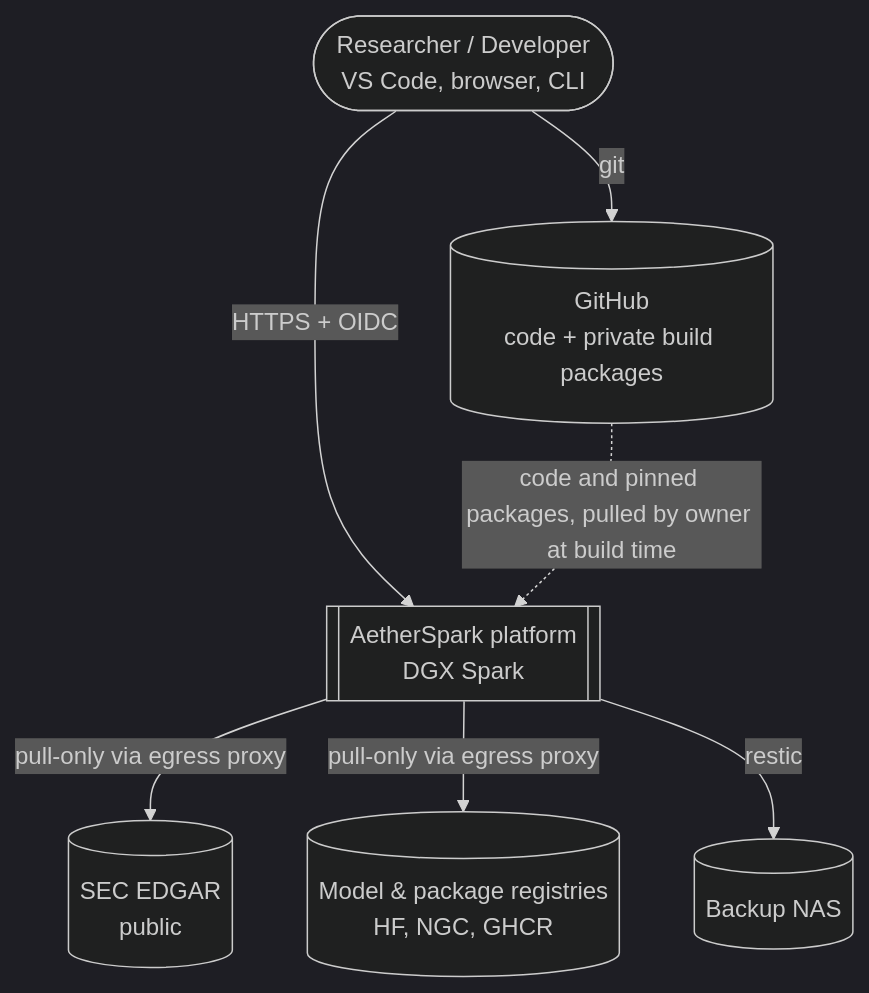
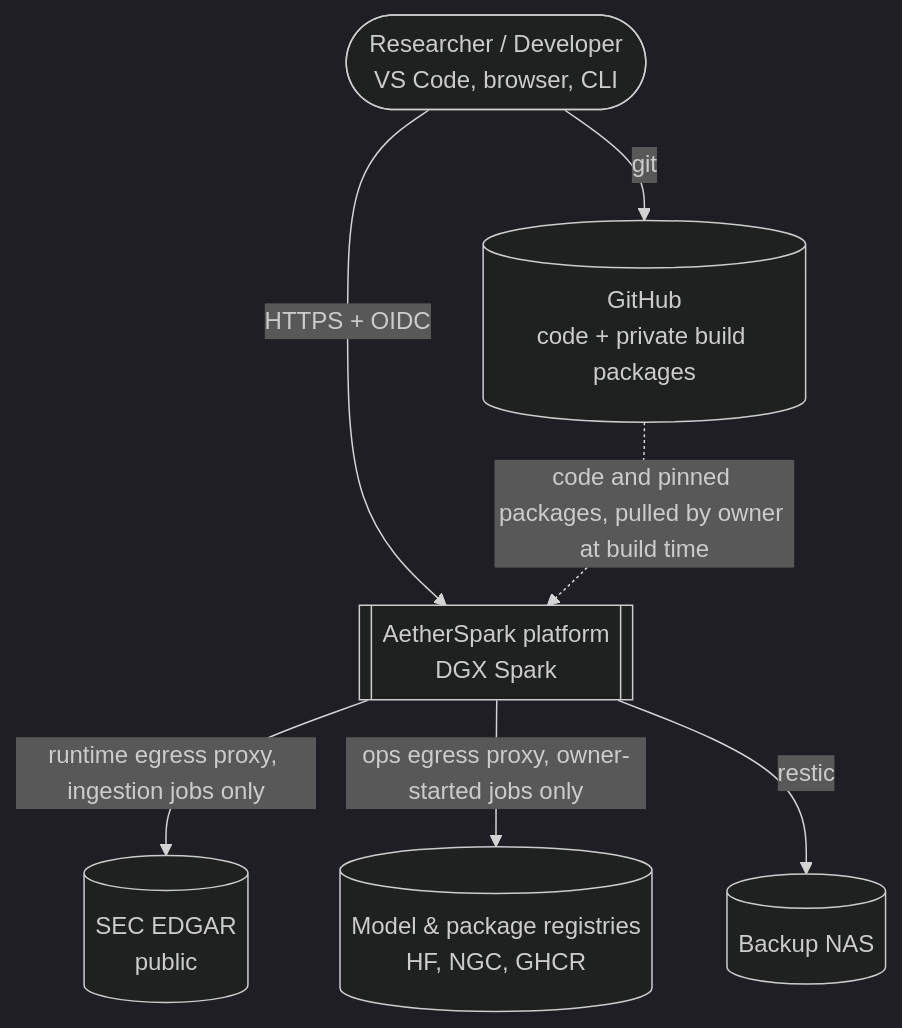
One commit to mpcs2013/aether-spark changed the first of 2 diagrams in docs/architecture/c4.md. Above: the diagram before and after it, drawn with Mermaid (dark theme). The commit also changed other lines of this file and 9 other files, not shown here.

````diff
--- a/docs/architecture/c4.md
+++ b/docs/architecture/c4.md
@@ -4,15 +4,15 @@
 ```mermaid
 flowchart TB
   R([Researcher / Developer<br/>VS Code, browser, CLI])
   AS[[AetherSpark platform<br/>DGX Spark]]
   EDGAR[(SEC EDGAR<br/>public)]
   REG[(Model & package registries<br/>HF, NGC, GHCR)]
   GH[(GitHub<br/>code + private build packages)]
   NAS[(Backup NAS)]
   R -->|HTTPS + OIDC| AS
-  AS -->|pull-only via egress proxy| EDGAR
-  AS -->|pull-only via egress proxy| REG
+  AS -->|runtime egress proxy, ingestion jobs only| EDGAR
+  AS -->|ops egress proxy, owner-started jobs only| REG
   R -->|git| GH
   GH -.->|code and pinned packages, pulled by owner at build time| AS
   AS -->|restic| NAS
 ```
````
